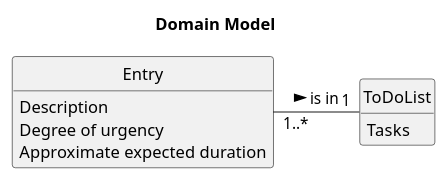
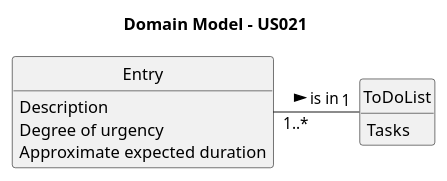
Before and after one commit to RicardoMorim/lapr2-ISEP-Project: the diagram in docs/sprintC/us021/02.analysis/puml/us021-domain-model.puml, drawn with PlantUML. The commit also changed 9 other files, not shown here.

```diff
--- a/docs/sprintC/us021/02.analysis/puml/us021-domain-model.puml
+++ b/docs/sprintC/us021/02.analysis/puml/us021-domain-model.puml
@@ -1,25 +1,25 @@
 @startuml
 
 'left to right direction
 
-title Domain Model
+title Domain Model - US021
 
 skinparam classAttributeIconSize 0
 
 hide circle
 hide methods
 
 
 class Entry {
     Description
     Degree of urgency
     Approximate expected duration
 }
 
 class ToDoList {
     Tasks
 }
 
 Entry "1..*" - "1" ToDoList: is in >
 
 @enduml
```
